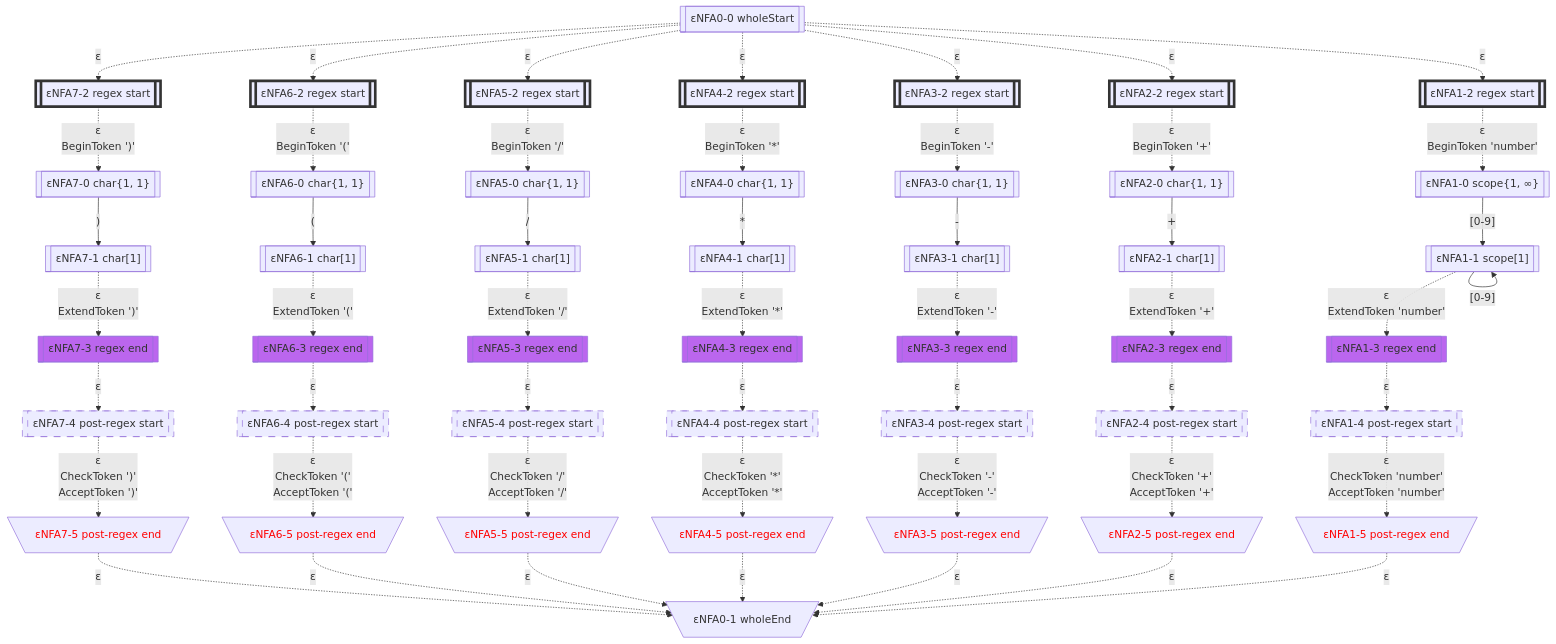
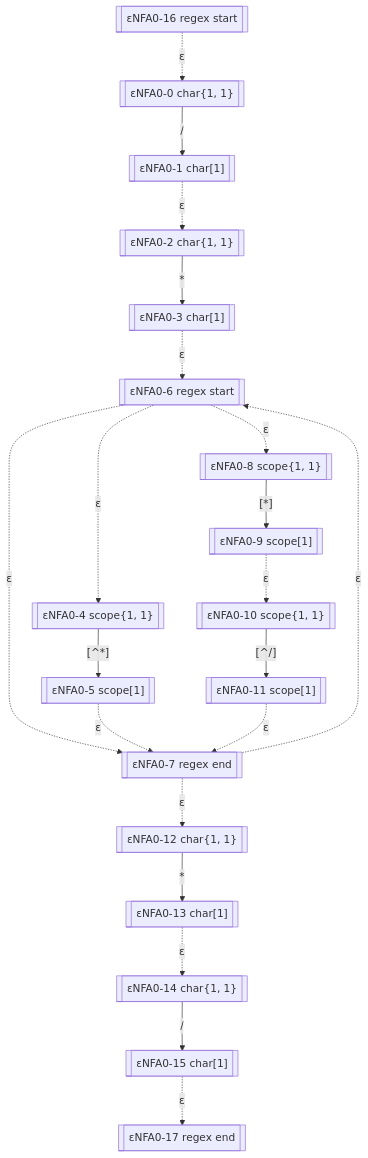
One commit to bitzhuwei/GrammarMentor changed diagram 15 of 25 in Practices/Practice.GeneratedXxxFormat.Test/GeneratedCalc/LexicalAnalyzer/README.gen.md. Above: the diagram before and after it, drawn with Mermaid. The commit also changed other lines of this file and 3868 other files, not shown here.

````diff
--- a/Practices/Practice.GeneratedXxxFormat.Test/GeneratedCalc/LexicalAnalyzer/README.gen.md
+++ b/Practices/Practice.GeneratedXxxFormat.Test/GeneratedCalc/LexicalAnalyzer/README.gen.md
@@ -412,155 +410,42 @@
 classDef c1101 stroke:#333,stroke-width:4px,fill:#BB66EE,color:#FF0000;
 classDef c1110 stroke:#333,stroke-width:4px,fill:#BB66EE,stroke-dasharray: 10 10;
 classDef c1111 stroke:#333,stroke-width:4px,fill:#BB66EE,stroke-dasharray: 10 10,color:#FF0000;
-eNFA0_0_64636290[["εNFA0-0 wholeStart"]]
-eNFA1_2_8097541[["εNFA1-2 regex start"]]
-class eNFA1_2_8097541 c1000;
-eNFA2_2_44855704[["εNFA2-2 regex start"]]
-class eNFA2_2_44855704 c1000;
-eNFA3_2_31719739[["εNFA3-2 regex start"]]
-class eNFA3_2_31719739 c1000;
-eNFA4_2_27365507[["εNFA4-2 regex start"]]
-class eNFA4_2_27365507 c1000;
-eNFA5_2_57656175[["εNFA5-2 regex start"]]
-class eNFA5_2_57656175 c1000;
-eNFA6_2_21913016[["εNFA6-2 regex start"]]
-class eNFA6_2_21913016 c1000;
-eNFA7_2_6883221[["εNFA7-2 regex start"]]
-class eNFA7_2_6883221 c1000;
-eNFA1_0_27440617[["εNFA1-0 scope{1, ∞}"]]
-eNFA2_0_17792110[["εNFA2-0 char{1, 1}"]]
-eNFA3_0_19162058[["εNFA3-0 char{1, 1}"]]
-eNFA4_0_2013564[["εNFA4-0 char{1, 1}"]]
-eNFA5_0_39638585[["εNFA5-0 char{1, 1}"]]
-eNFA6_0_30123835[["εNFA6-0 char{1, 1}"]]
-eNFA7_0_20670010[["εNFA7-0 char{1, 1}"]]
-eNFA1_1_3048957[["εNFA1-1 scope[1]"]]
-eNFA2_1_25911262[["εNFA2-1 char[1]"]]
-eNFA3_1_38240801[["εNFA3-1 char[1]"]]
-eNFA4_1_18122076[["εNFA4-1 char[1]"]]
-eNFA5_1_21202951[["εNFA5-1 char[1]"]]
-eNFA6_1_2679067[["εNFA6-1 char[1]"]]
-eNFA7_1_51812368[["εNFA7-1 char[1]"]]
-eNFA1_3_45638969[["εNFA1-3 regex end"]]
-class eNFA1_3_45638969 c0100;
-eNFA2_3_31874772[["εNFA2-3 regex end"]]
-class eNFA2_3_31874772 c0100;
-eNFA3_3_8622890[["εNFA3-3 regex end"]]
-class eNFA3_3_8622890 c0100;
-eNFA4_3_28880957[["εNFA4-3 regex end"]]
-class eNFA4_3_28880957 c0100;
-eNFA5_3_56608836[["εNFA5-3 regex end"]]
-class eNFA5_3_56608836 c0100;
-eNFA6_3_24111608[["εNFA6-3 regex end"]]
-class eNFA6_3_24111608 c0100;
-eNFA7_3_63658128[["εNFA7-3 regex end"]]
-class eNFA7_3_63658128 c0100;
-eNFA1_4_5769005[["εNFA1-4 post-regex start"]]
-class eNFA1_4_5769005 c0010;
-eNFA2_4_18437496[["εNFA2-4 post-regex start"]]
-class eNFA2_4_18437496 c0010;
-eNFA3_4_10497152[["εNFA3-4 post-regex start"]]
-class eNFA3_4_10497152 c0010;
-eNFA4_4_58602024[["εNFA4-4 post-regex start"]]
-class eNFA4_4_58602024 c0010;
-eNFA5_4_39717481[["εNFA5-4 post-regex start"]]
-class eNFA5_4_39717481 c0010;
-eNFA6_4_15677883[["εNFA6-4 post-regex start"]]
-class eNFA6_4_15677883 c0010;
-eNFA7_4_36052245[["εNFA7-4 post-regex start"]]
-class eNFA7_4_36052245 c0010;
-eNFA1_5_51921052[\"εNFA1-5 post-regex end"/]
-class eNFA1_5_51921052 c0001;
-eNFA2_5_1048160[\"εNFA2-5 post-regex end"/]
-class eNFA2_5_1048160 c0001;
-eNFA3_5_17042198[\"εNFA3-5 post-regex end"/]
-class eNFA3_5_17042198 c0001;
-eNFA4_5_44962972[\"εNFA4-5 post-regex end"/]
-class eNFA4_5_44962972 c0001;
-eNFA5_5_49143529[\"εNFA5-5 post-regex end"/]
-class eNFA5_5_49143529 c0001;
-eNFA6_5_62999416[\"εNFA6-5 post-regex end"/]
-class eNFA6_5_62999416 c0001;
-eNFA7_5_61948991[\"εNFA7-5 post-regex end"/]
-class eNFA7_5_61948991 c0001;
-eNFA0_1_9433441[\"εNFA0-1 wholeEnd"/]
-eNFA0_0_64636290 -.->|"ε"|eNFA1_2_8097541
-eNFA0_0_64636290 -.->|"ε"|eNFA2_2_44855704
-eNFA0_0_64636290 -.->|"ε"|eNFA3_2_31719739
-eNFA0_0_64636290 -.->|"ε"|eNFA4_2_27365507
-eNFA0_0_64636290 -.->|"ε"|eNFA5_2_57656175
-eNFA0_0_64636290 -.->|"ε"|eNFA6_2_21913016
-eNFA0_0_64636290 -.->|"ε"|eNFA7_2_6883221
-eNFA1_2_8097541 -.->|"ε
-BeginToken 'number'"|eNFA1_0_27440617
-eNFA2_2_44855704 -.->|"ε
-BeginToken '+'"|eNFA2_0_17792110
-eNFA3_2_31719739 -.->|"ε
-BeginToken '-'"|eNFA3_0_19162058
-eNFA4_2_27365507 -.->|"ε
-BeginToken '*'"|eNFA4_0_2013564
-eNFA5_2_57656175 -.->|"ε
-BeginToken '/'"|eNFA5_0_39638585
-eNFA6_2_21913016 -.->|"ε
-BeginToken '('"|eNFA6_0_30123835
-eNFA7_2_6883221 -.->|"ε
-BeginToken ')'"|eNFA7_0_20670010
-eNFA1_0_27440617 -->|"[0-9]"|eNFA1_1_3048957
-eNFA2_0_17792110 -->|"+"|eNFA2_1_25911262
-eNFA3_0_19162058 -->|"-"|eNFA3_1_38240801
-eNFA4_0_2013564 -->|"*"|eNFA4_1_18122076
-eNFA5_0_39638585 -->|"/"|eNFA5_1_21202951
-eNFA6_0_30123835 -->|"("|eNFA6_1_2679067
-eNFA7_0_20670010 -->|")"|eNFA7_1_51812368
-eNFA1_1_3048957 -->|"[0-9]"|eNFA1_1_3048957
-eNFA1_1_3048957 -.->|"ε
-ExtendToken 'number'"|eNFA1_3_45638969
-eNFA2_1_25911262 -.->|"ε
-ExtendToken '+'"|eNFA2_3_31874772
-eNFA3_1_38240801 -.->|"ε
-ExtendToken '-'"|eNFA3_3_8622890
-eNFA4_1_18122076 -.->|"ε
-ExtendToken '*'"|eNFA4_3_28880957
-eNFA5_1_21202951 -.->|"ε
-ExtendToken '/'"|eNFA5_3_56608836
-eNFA6_1_2679067 -.->|"ε
-ExtendToken '('"|eNFA6_3_24111608
-eNFA7_1_51812368 -.->|"ε
-ExtendToken ')'"|eNFA7_3_63658128
-eNFA1_3_45638969 -.->|"ε"|eNFA1_4_5769005
-eNFA2_3_31874772 -.->|"ε"|eNFA2_4_18437496
-eNFA3_3_8622890 -.->|"ε"|eNFA3_4_10497152
-eNFA4_3_28880957 -.->|"ε"|eNFA4_4_58602024
-eNFA5_3_56608836 -.->|"ε"|eNFA5_4_39717481
-eNFA6_3_24111608 -.->|"ε"|eNFA6_4_15677883
-eNFA7_3_63658128 -.->|"ε"|eNFA7_4_36052245
-eNFA1_4_5769005 -.->|"ε
-CheckToken 'number'
-AcceptToken 'number'"|eNFA1_5_51921052
-eNFA2_4_18437496 -.->|"ε
-CheckToken '+'
-AcceptToken '+'"|eNFA2_5_1048160
-eNFA3_4_10497152 -.->|"ε
-CheckToken '-'
-AcceptToken '-'"|eNFA3_5_17042198
-eNFA4_4_58602024 -.->|"ε
-CheckToken '*'
-AcceptToken '*'"|eNFA4_5_44962972
-eNFA5_4_39717481 -.->|"ε
-CheckToken '/'
-AcceptToken '/'"|eNFA5_5_49143529
-eNFA6_4_15677883 -.->|"ε
-CheckToken '('
-AcceptToken '('"|eNFA6_5_62999416
-eNFA7_4_36052245 -.->|"ε
-CheckToken ')'
-AcceptToken ')'"|eNFA7_5_61948991
-eNFA1_5_51921052 -.->|"ε"|eNFA0_1_9433441
-eNFA2_5_1048160 -.->|"ε"|eNFA0_1_9433441
-eNFA3_5_17042198 -.->|"ε"|eNFA0_1_9433441
-eNFA4_5_44962972 -.->|"ε"|eNFA0_1_9433441
-eNFA5_5_49143529 -.->|"ε"|eNFA0_1_9433441
-eNFA6_5_62999416 -.->|"ε"|eNFA0_1_9433441
-eNFA7_5_61948991 -.->|"ε"|eNFA0_1_9433441
-
+eNFA0_16_19262089[["εNFA0-16 regex start"]]
+eNFA0_0_39141076[["εNFA0-0 char{1, 1}"]]
+eNFA0_1_16725372[["εNFA0-1 char[1]"]]
+eNFA0_2_16310625[["εNFA0-2 char{1, 1}"]]
+eNFA0_3_8361080[["εNFA0-3 char[1]"]]
+eNFA0_6_20798117[["εNFA0-6 regex start"]]
+eNFA0_4_6925935[["εNFA0-4 scope{1, 1}"]]
+eNFA0_8_52965331[["εNFA0-8 scope{1, 1}"]]
+eNFA0_7_24129853[["εNFA0-7 regex end"]]
+eNFA0_5_15842089[["εNFA0-5 scope[1]"]]
+eNFA0_9_46809697[["εNFA0-9 scope[1]"]]
+eNFA0_12_8140857[["εNFA0-12 char{1, 1}"]]
+eNFA0_10_28260775[["εNFA0-10 scope{1, 1}"]]
+eNFA0_13_53020390[["εNFA0-13 char[1]"]]
+eNFA0_11_62333418[["εNFA0-11 scope[1]"]]
+eNFA0_14_7421470[["εNFA0-14 char{1, 1}"]]
+eNFA0_15_64268160[["εNFA0-15 char[1]"]]
+eNFA0_17_41542534[["εNFA0-17 regex end"]]
+eNFA0_16_19262089 -.->|"ε"|eNFA0_0_39141076
+eNFA0_0_39141076 -->|"/"|eNFA0_1_16725372
+eNFA0_1_16725372 -.->|"ε"|eNFA0_2_16310625
+eNFA0_2_16310625 -->|"*"|eNFA0_3_8361080
+eNFA0_3_8361080 -.->|"ε"|eNFA0_6_20798117
+eNFA0_6_20798117 -.->|"ε"|eNFA0_4_6925935
+eNFA0_6_20798117 -.->|"ε"|eNFA0_8_52965331
+eNFA0_6_20798117 -.->|"ε"|eNFA0_7_24129853
+eNFA0_4_6925935 -->|"[^*]"|eNFA0_5_15842089
+eNFA0_8_52965331 -->|"[*]"|eNFA0_9_46809697
+eNFA0_7_24129853 -.->|"ε"|eNFA0_6_20798117
+eNFA0_7_24129853 -.->|"ε"|eNFA0_12_8140857
+eNFA0_5_15842089 -.->|"ε"|eNFA0_7_24129853
+eNFA0_9_46809697 -.->|"ε"|eNFA0_10_28260775
+eNFA0_12_8140857 -->|"*"|eNFA0_13_53020390
+eNFA0_10_28260775 -->|"[^/]"|eNFA0_11_62333418
+eNFA0_13_53020390 -.->|"ε"|eNFA0_14_7421470
+eNFA0_11_62333418 -.->|"ε"|eNFA0_7_24129853
+eNFA0_14_7421470 -->|"/"|eNFA0_15_64268160
+eNFA0_15_64268160 -.->|"ε"|eNFA0_17_41542534
 ```
````
